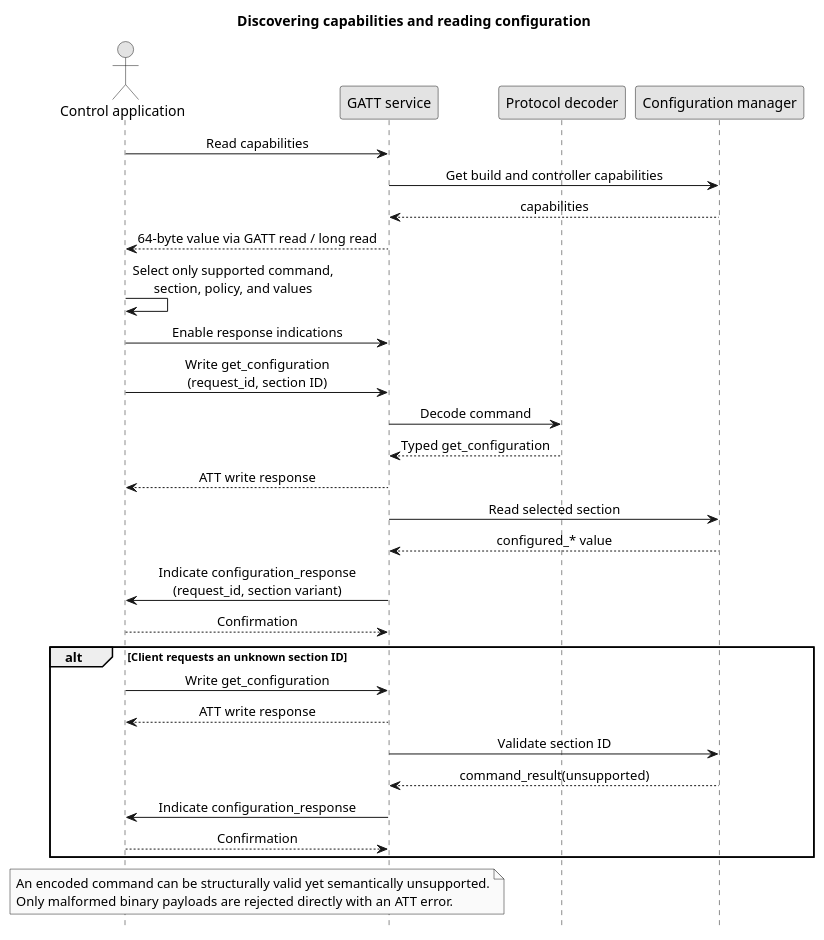
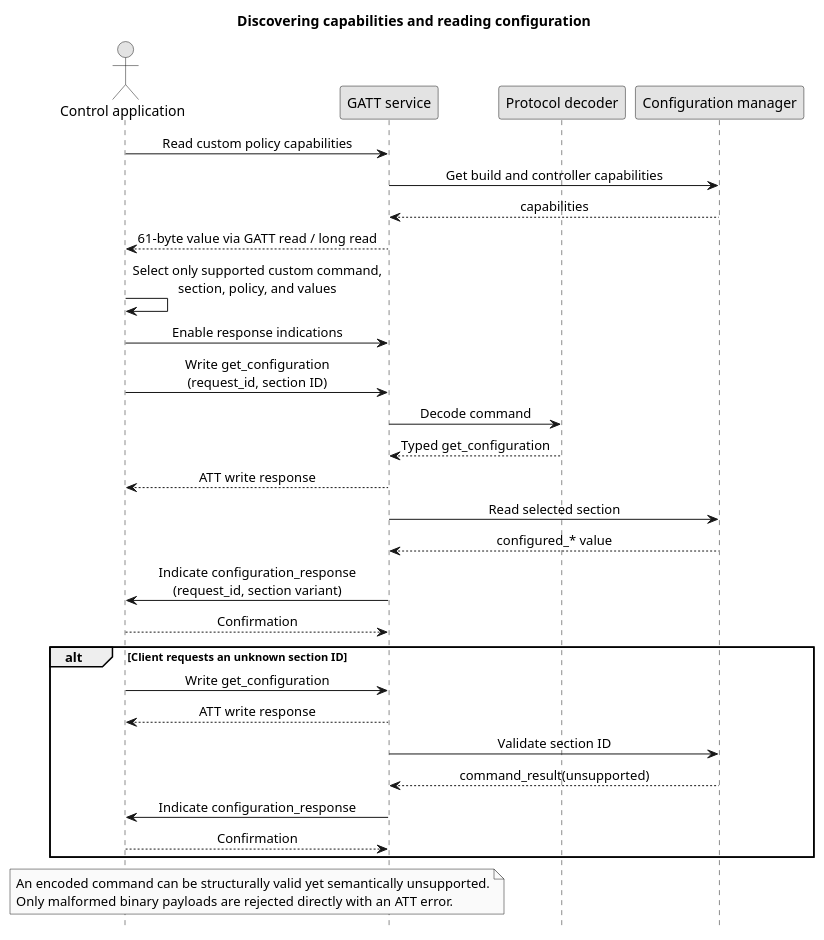
Before and after one commit to OpenEarable/protocol: the diagram in schemas/wireless-audio-configuration/diagrams/configuration-query-sequence.puml, drawn with PlantUML. The commit also changed 12 other files, not shown here.

```diff
--- a/schemas/wireless-audio-configuration/diagrams/configuration-query-sequence.puml
+++ b/schemas/wireless-audio-configuration/diagrams/configuration-query-sequence.puml
@@ -1,42 +1,42 @@
 @startuml
 title Discovering capabilities and reading configuration
 
 skinparam monochrome true
 skinparam sequenceMessageAlign center
 hide footbox
 
 actor "Control application" as Client
 participant "GATT service" as Gatt
 participant "Protocol decoder" as Protocol
 participant "Configuration manager" as Manager
 
-Client -> Gatt: Read capabilities
+Client -> Gatt: Read custom policy capabilities
 Gatt -> Manager: Get build and controller capabilities
 Manager --> Gatt: capabilities
-Gatt --> Client: 64-byte value via GATT read / long read
+Gatt --> Client: 61-byte value via GATT read / long read
 
-Client -> Client: Select only supported command,\nsection, policy, and values
+Client -> Client: Select only supported custom command,\nsection, policy, and values
 Client -> Gatt: Enable response indications
 Client -> Gatt: Write get_configuration\n(request_id, section ID)
 Gatt -> Protocol: Decode command
 Protocol --> Gatt: Typed get_configuration
 Gatt --> Client: ATT write response
 Gatt -> Manager: Read selected section
 Manager --> Gatt: configured_* value
 Gatt -> Client: Indicate configuration_response\n(request_id, section variant)
 Client --> Gatt: Confirmation
 
 alt Client requests an unknown section ID
     Client -> Gatt: Write get_configuration
     Gatt --> Client: ATT write response
     Gatt -> Manager: Validate section ID
     Manager --> Gatt: command_result(unsupported)
     Gatt -> Client: Indicate configuration_response
     Client --> Gatt: Confirmation
 end
 
 note over Client,Gatt
 An encoded command can be structurally valid yet semantically unsupported.
 Only malformed binary payloads are rejected directly with an ATT error.
 end note
 @enduml
```
